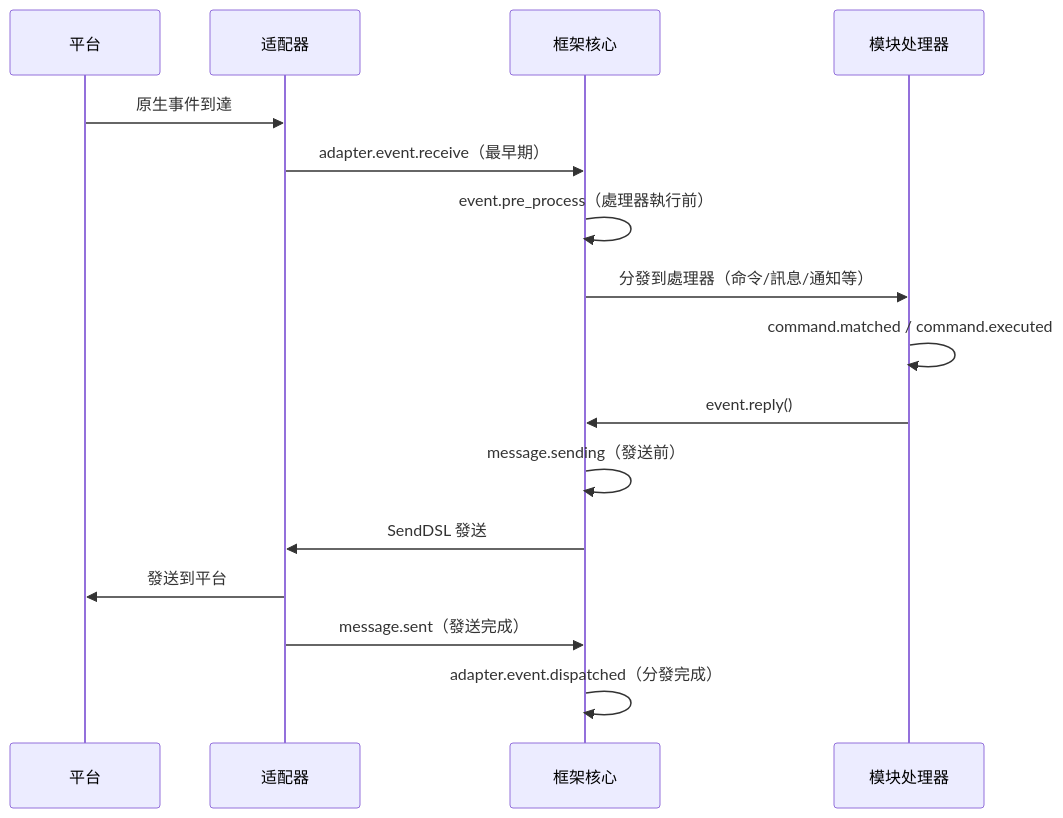
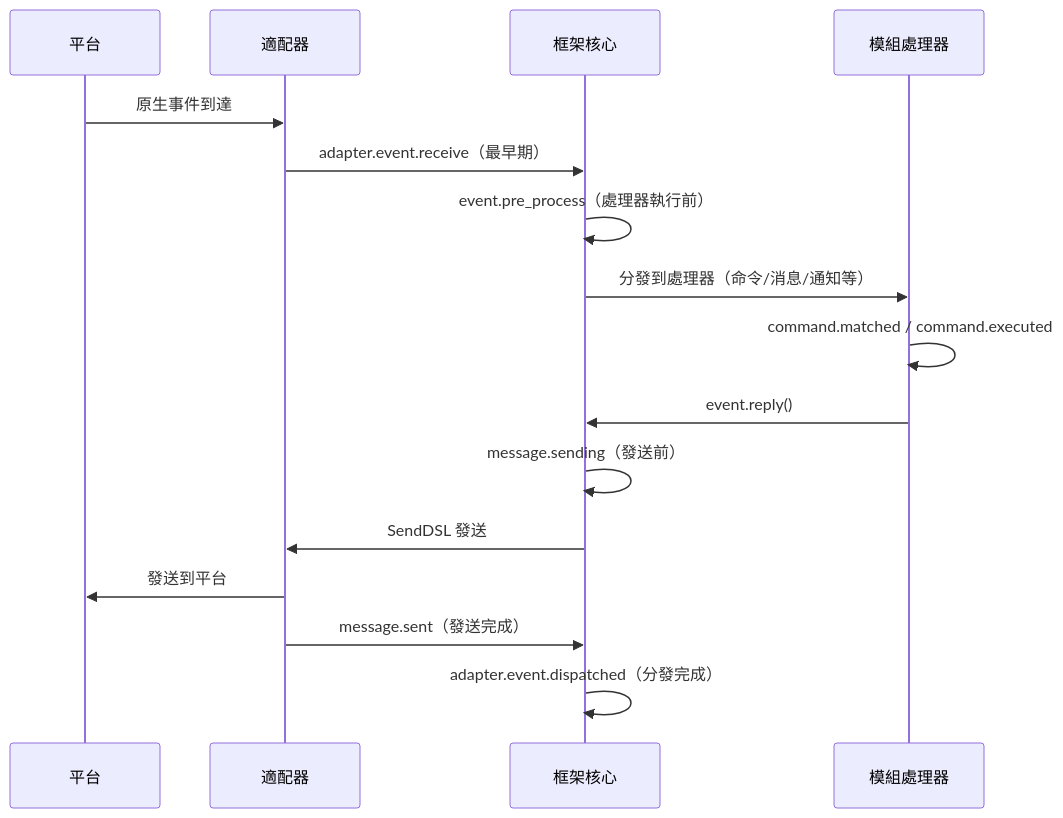
Before and after one commit to ErisPulse/ErisPulse: the diagram in docs/zh-TW/advanced/lifecycle.md, drawn with Mermaid. The commit also changed other lines of this file and 299 other files, not shown here.

````diff
--- a/docs/zh-TW/advanced/lifecycle.md
+++ b/docs/zh-TW/advanced/lifecycle.md
@@ -95,19 +93,19 @@
 ```mermaid
 sequenceDiagram
     participant P as 平台
-    participant A as 适配器
+    participant A as 適配器
     participant F as 框架核心
-    participant M as 模块处理器
+    participant M as 模組處理器
 
     P->>A: 原生事件到達
     A->>F: adapter.event.receive（最早期）
     F->>F: event.pre_process（處理器執行前）
-    F->>M: 分發到處理器（命令/訊息/通知等）
+    F->>M: 分發到處理器（命令/消息/通知等）
     M->>M: command.matched / command.executed
     M->>F: event.reply()
     F->>F: message.sending（發送前）
     F->>A: SendDSL 發送
     A->>P: 發送到平台
     A->>F: message.sent（發送完成）
     F->>F: adapter.event.dispatched（分發完成）
 ```
````
